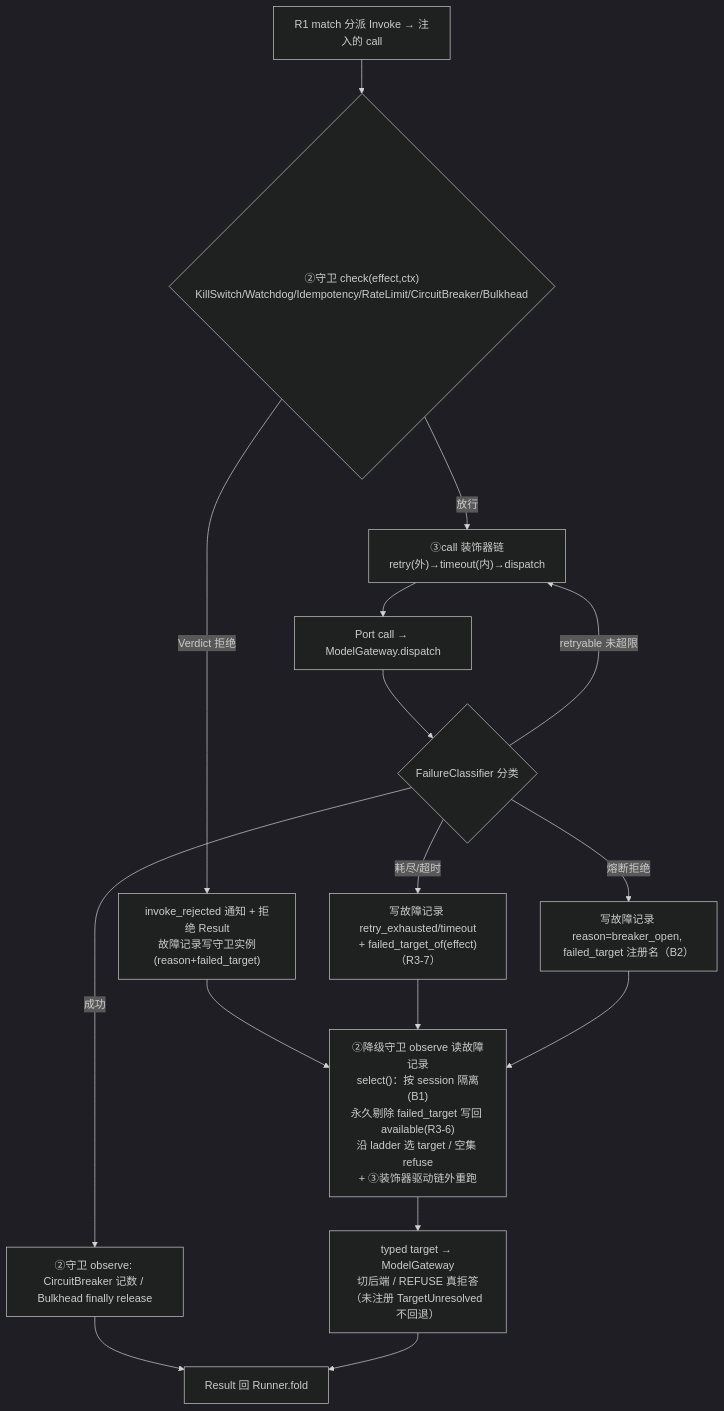
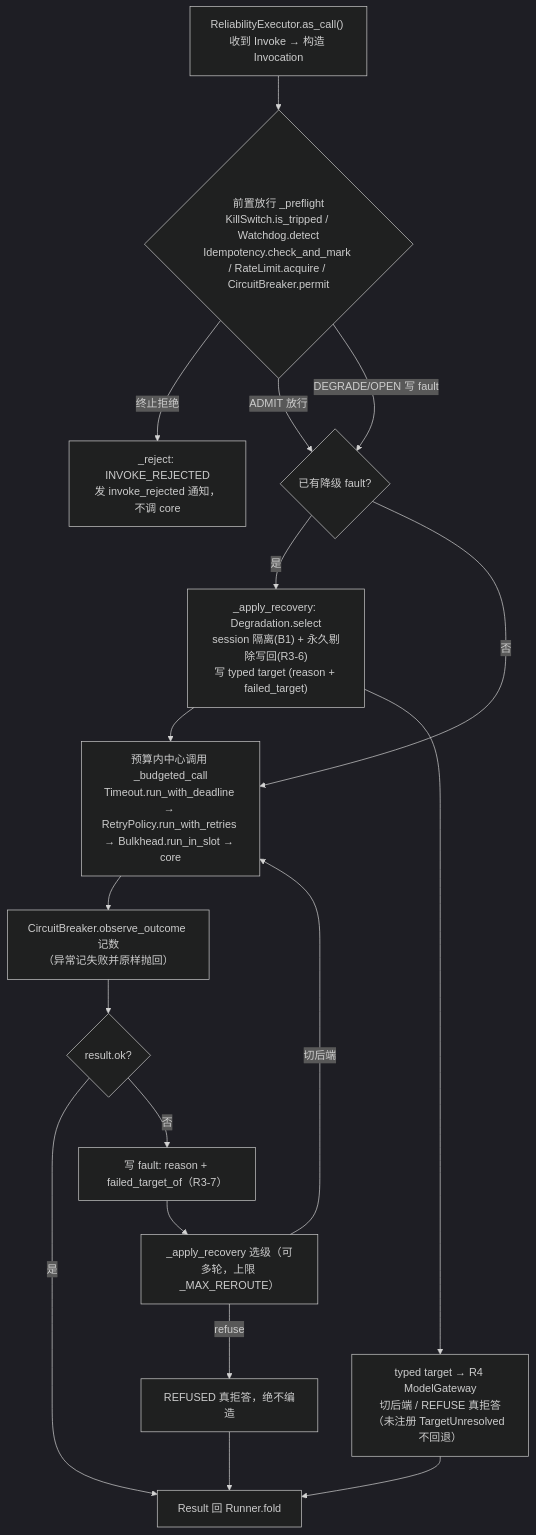
The diagram in docs/02-模块详设/Agent/R3-可靠性.md (sao-lang/lll), drawn with Mermaid (dark theme) before and after one commit. The commit also changed other lines of this file and 91 other files, not shown here.

````diff
--- a/docs/02-模块详设/Agent/R3-可靠性.md
+++ b/docs/02-模块详设/Agent/R3-可靠性.md
@@ -116,18 +127,20 @@
 ```mermaid
 flowchart TD
-    START["R1 match 分派 Invoke → 注入的 call"] --> GD{"②守卫 check(effect,ctx)<br/>KillSwitch/Watchdog/Idempotency/RateLimit/CircuitBreaker/Bulkhead"}
-    GD -->|Verdict 拒绝| REJ["invoke_rejected 通知 + 拒绝 Result<br/>故障记录写守卫实例(reason+failed_target)"]
-    GD -->|放行| DEC["③call 装饰器链<br/>retry(外)→timeout(内)→dispatch"]
-    DEC --> PC["Port call → ModelGateway.dispatch"]
-    PC --> FC{"FailureClassifier 分类"}
-    FC -->|retryable 未超限| DEC
-    FC -->|"耗尽/超时"| FAULT["写故障记录 retry_exhausted/timeout<br/>+ failed_target_of(effect)（R3-7）"]
-    FC -->|成功| OBS["②守卫 observe: CircuitBreaker 记数 / Bulkhead finally release"]
-    FC -->|熔断拒绝| BRK["写故障记录 reason=breaker_open, failed_target 注册名（B2）"]
-    REJ --> SAL
-    FAULT --> SAL
-    BRK --> SAL
-    OBS --> RES["Result 回 Runner.fold"]
-    SAL["②降级守卫 observe 读故障记录<br/>select()：按 session 隔离(B1)<br/>永久剔除 failed_target 写回 available(R3-6)<br/>沿 ladder 选 target / 空集 refuse<br/>+ ③装饰器驱动链外重跑"] --> GW["typed target → ModelGateway<br/>切后端 / REFUSE 真拒答（未注册 TargetUnresolved 不回退）"]
+    START["ReliabilityExecutor.as_call() 收到 Invoke → 构造 Invocation"] --> PRE{"前置放行 _preflight<br/>KillSwitch.is_tripped / Watchdog.detect<br/>Idempotency.check_and_mark / RateLimit.acquire / CircuitBreaker.permit"}
+    PRE -->|终止拒绝| REJ["_reject: INVOKE_REJECTED<br/>发 invoke_rejected 通知，不调 core"]
+    PRE -->|ADMIT 放行| REC{"已有降级 fault?"}
+    PRE -->|DEGRADE/OPEN 写 fault| REC
+    REC -->|是| SEL["_apply_recovery: Degradation.select<br/>session 隔离(B1) + 永久剔除写回(R3-6)<br/>写 typed target (reason + failed_target)"]
+    REC -->|否| BUD["预算内中心调用 _budgeted_call<br/>Timeout.run_with_deadline → RetryPolicy.run_with_retries → Bulkhead.run_in_slot → core"]
+    SEL --> BUD
+    BUD --> OBS["CircuitBreaker.observe_outcome 记数<br/>（异常记失败并原样抛回）"]
+    OBS --> R{"result.ok?"}
+    R -->|是| RES["Result 回 Runner.fold"]
+    R -->|否| FAULT["写 fault: reason + failed_target_of（R3-7）"]
+    FAULT --> SEL2["_apply_recovery 选级（可多轮，上限 _MAX_REROUTE）"]
+    SEL2 -->|refuse| REF["REFUSED 真拒答，绝不编造"]
+    SEL2 -->|切后端| BUD
+    SEL --> GW["typed target → R4 ModelGateway<br/>切后端 / REFUSE 真拒答（未注册 TargetUnresolved 不回退）"]
     GW --> RES
+    REF --> RES
 ```
````
